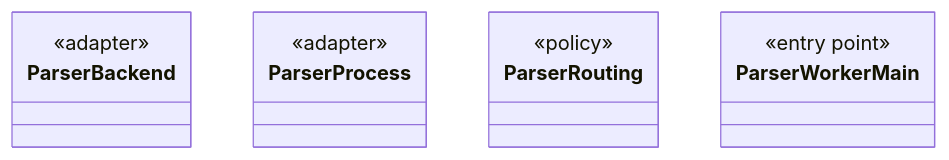
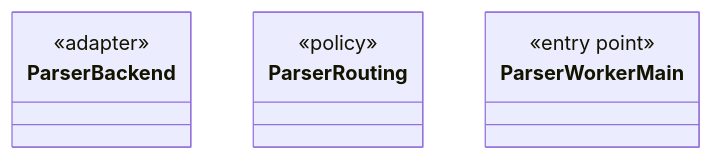
Before and after one commit to tlaplus/model-checker-hardening: the ninth of 14 diagrams in dev/modules/workflow.md, drawn with Mermaid. The commit also changed other lines of this file and 408 other files, not shown here.

````diff
--- a/dev/modules/workflow.md
+++ b/dev/modules/workflow.md
@@ -301,15 +288,12 @@
 ```mermaid
 classDiagram
   class ParserBackend {
-    <<adapter>>
-  }
-  class ParserProcess {
     <<adapter>>
   }
   class ParserRouting {
     <<policy>>
   }
   class ParserWorkerMain {
     <<entry point>>
   }
 ```
````
